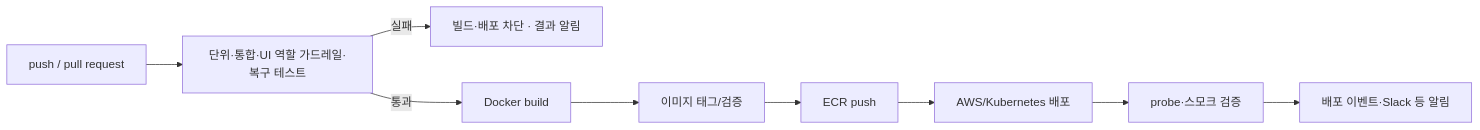
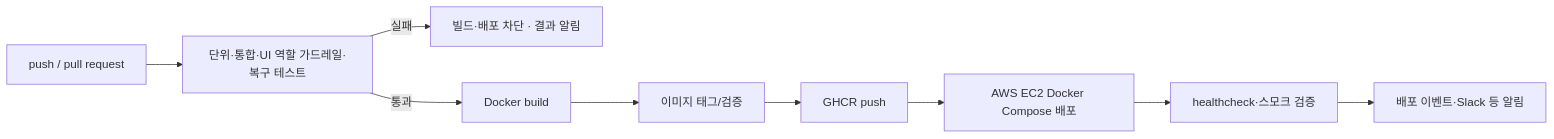
Before and after one commit to ac9989/2026-aio2-p3-ChargePin: the third of 3 diagrams in docs/Architecture_Design_1.0.md, drawn with Mermaid. The commit also changed other lines of this file and 35 other files, not shown here.

````diff
--- a/docs/Architecture_Design_1.0.md
+++ b/docs/Architecture_Design_1.0.md
@@ -385,11 +380,11 @@
 ```mermaid
 flowchart LR
     PUSH[push / pull request] --> TEST[단위·통합·UI 역할 가드레일·복구 테스트]
     TEST -->|실패| BLOCK[빌드·배포 차단 · 결과 알림]
     TEST -->|통과| BUILD[Docker build]
     BUILD --> IMAGE[이미지 태그/검증]
-    IMAGE --> ECR[ECR push]
-    ECR --> DEPLOY[AWS/Kubernetes 배포]
-    DEPLOY --> VERIFY[probe·스모크 검증]
+    IMAGE --> GHCR[GHCR push]
+    GHCR --> DEPLOY[AWS EC2 Docker Compose 배포]
+    DEPLOY --> VERIFY[healthcheck·스모크 검증]
     VERIFY --> NOTICE[배포 이벤트·Slack 등 알림]
 ```
````
